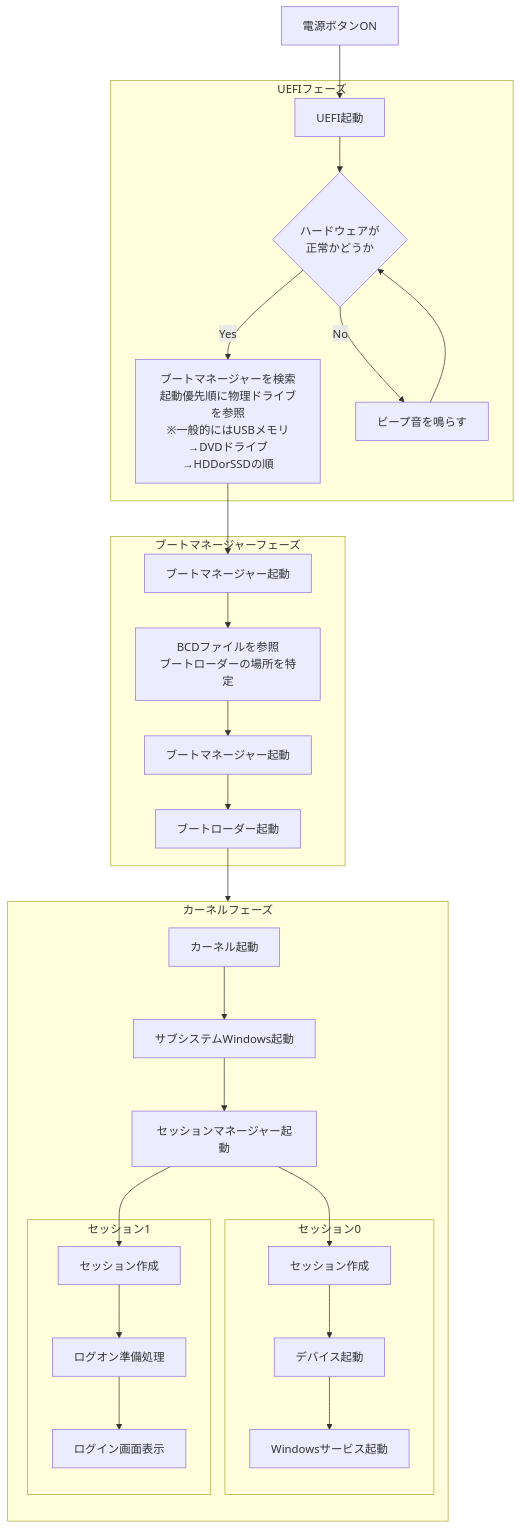
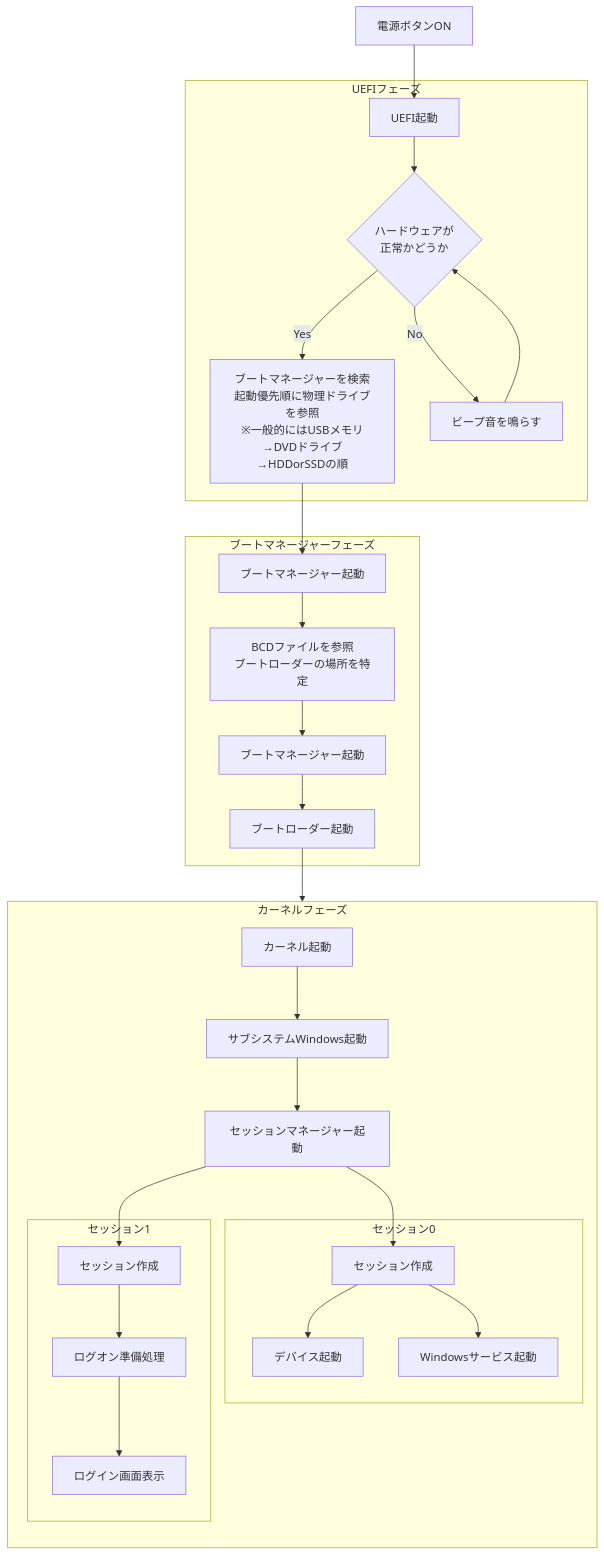
The diagram in doc/computer.md (kaotue3340/memo), drawn with Mermaid before and after one commit. The commit also changed other lines of this file, not shown here.

````diff
--- a/doc/computer.md
+++ b/doc/computer.md
@@ -1,35 +1,37 @@
 ```mermaid
 flowchart TD
   A1["電源ボタンON"]-->B1
 　subgraph UEFIフェーズ
   B1["UEFI起動"]-->
   B2{"ハードウェアが\n正常かどうか"} -->|Yes| C1[OK]
   B2 -->|No| E[ビープ音を鳴らす] --> B2
   end
   subgraph ブートマネージャーフェーズ
   C1["ブートマネージャーを検索\n起動優先順に物理ドライブを参照\n※一般的にはUSBメモリ→DVDドライブ→HDDorSSDの順"]-->
   C2["ブートマネージャー起動"]-->
   C3["BCDファイルを参照\nブートローダーの場所を特定"]-->C4
   C4["ブートマネージャー起動"]-->D1
   end
   subgraph カーネルフェーズ
   D1["ブートローダー起動"]-->
   D2["カーネル起動"]--> 
   D3["サブシステムWindows起動"]-->
   D4["セッションマネージャー起動"]
   D4-->DD1
   D4-->DD2
     direction TB
     subgraph セッション0
-      DD1["セッション作成"]-->
-      DD1-1["デバイス起動"]-->
+      DD1["セッション作成"]
+      DD1-->DD1-1
+      DD1-->DD1-2
+      DD1-1["デバイス起動"]
       DD1-2["Windowsサービス起動"]
     end
     subgraph セッション1
       DD2["セッション作成"]-->
       DD2-1["ログオン準備処理"]--> 
       DD2-2["ログイン画面表示"]
     end
   end
 
 ```
````
